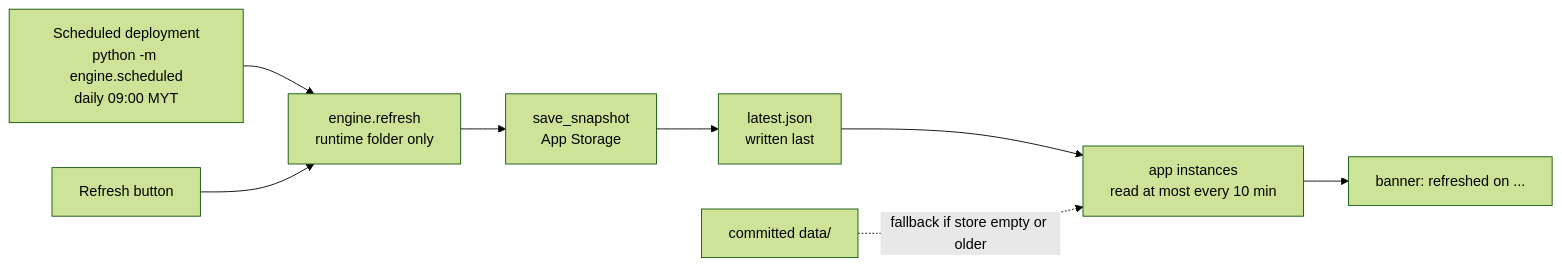
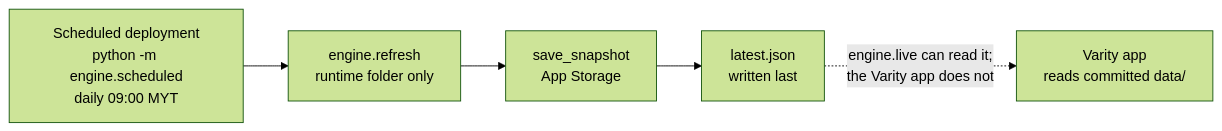
The fourth of 9 diagrams in docs/architecture.md (TayEeZhan/varity), drawn with Mermaid (forest theme) before and after one commit. The commit also changed other lines of this file and 14 other files, not shown here.

Commit message:
docs: describe Varity as the only app; Streamlit retired

````diff
--- a/docs/architecture.md
+++ b/docs/architecture.md
@@ -288,10 +288,7 @@
 ```mermaid
 flowchart LR
     J["Scheduled deployment<br/>python -m engine.scheduled<br/>daily 09:00 MYT"] --> R["engine.refresh<br/>runtime folder only"]
     R --> S["save_snapshot<br/>App Storage"]
     S --> L["latest.json<br/>written last"]
-    L --> A["app instances<br/>read at most every 10 min"]
-    A --> B["banner: refreshed on ..."]
-    N["Refresh button"] --> R
-    F["committed data/"] -. "fallback if store empty or older" .-> A
+    L -. "engine.live can read it;<br/>the Varity app does not" .-> A["Varity app<br/>reads committed data/"]
 ```
````
